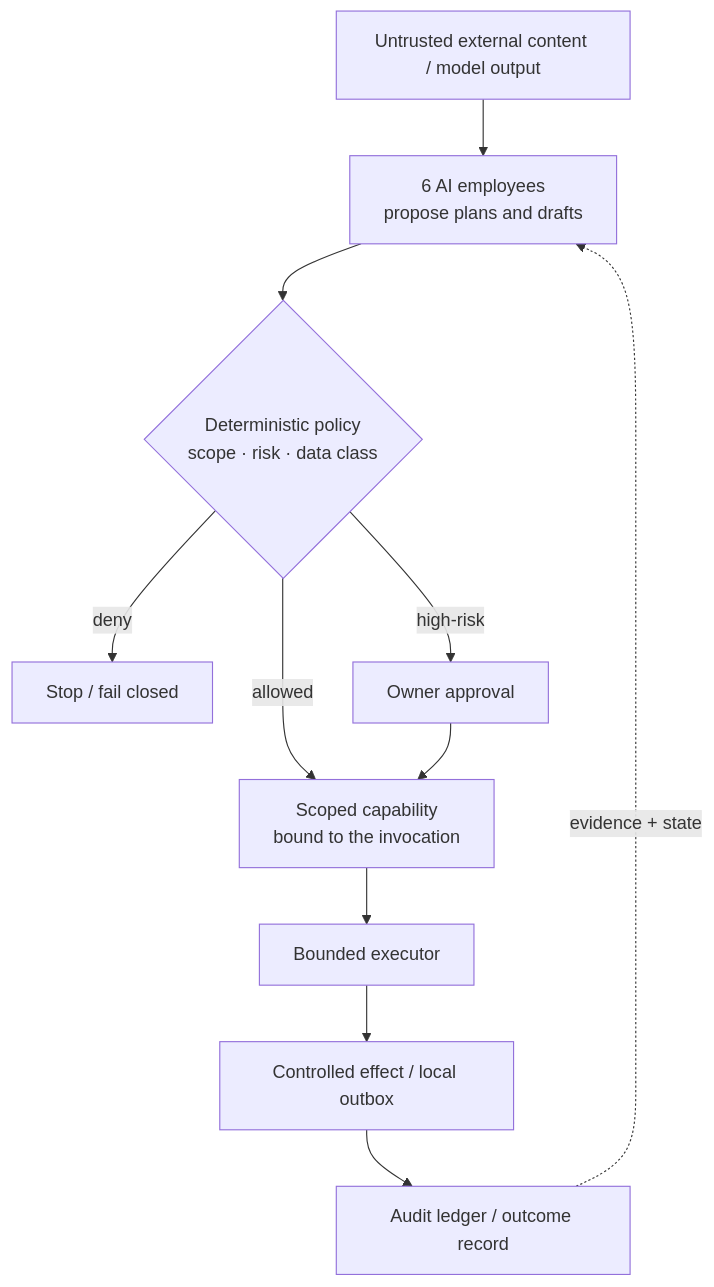
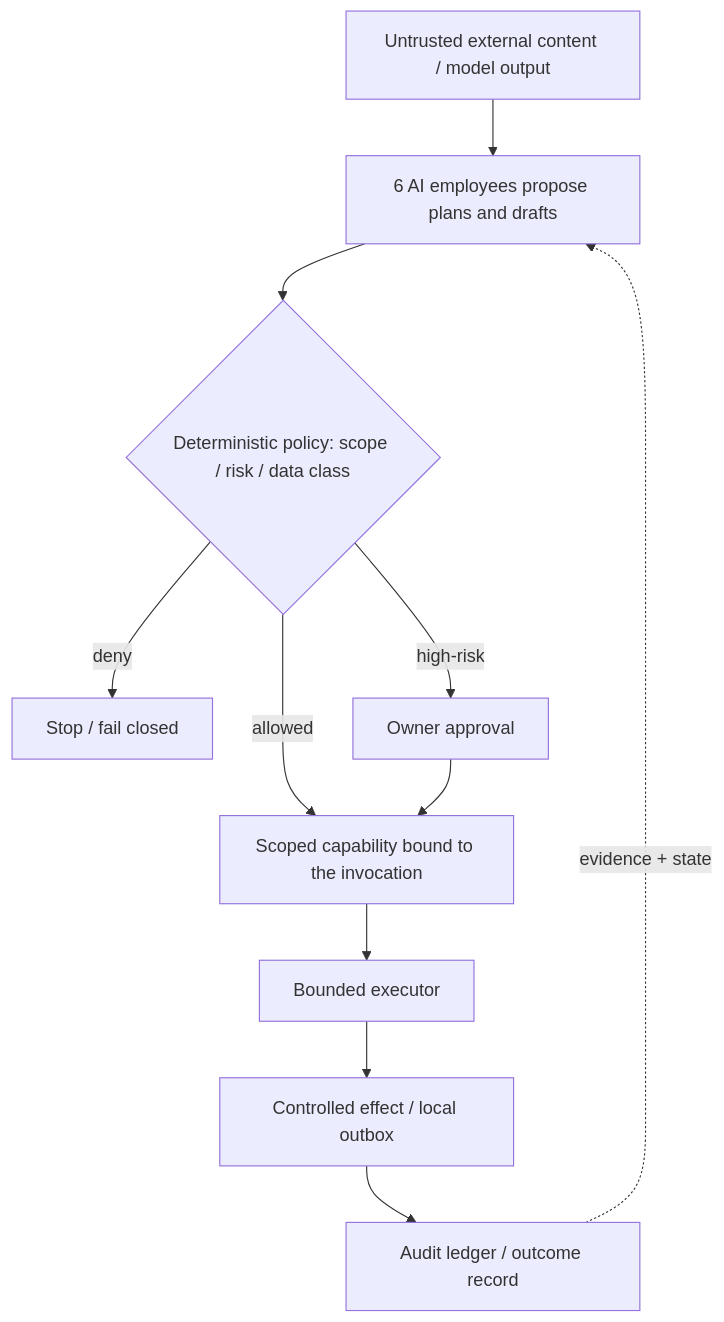
Before and after one commit to IcantFind-a-username/IcantFind-a-username: the diagram in README.md, drawn with Mermaid.

Commit message:
docs(profile): fix Kernel path mermaid for GitHub rendering
Use safer mermaid syntax: no \\n in node labels, no middle-dot inside
the policy diamond, and a dotted evidence edge as L -.->|evidence + state| M.

````diff
--- a/README.md
+++ b/README.md
@@ -75,13 +75,13 @@
 ```mermaid
 flowchart TD
-    U["Untrusted external content / model output"] --> M["6 AI employees\npropose plans and drafts"]
-    M --> P{"Deterministic policy\nscope · risk · data class"}
+    U["Untrusted external content / model output"] --> M["6 AI employees propose plans and drafts"]
+    M --> P{"Deterministic policy: scope / risk / data class"}
     P -->|deny| X["Stop / fail closed"]
     P -->|high-risk| H["Owner approval"]
-    P -->|allowed| C["Scoped capability\nbound to the invocation"]
+    P -->|allowed| C["Scoped capability bound to the invocation"]
     H --> C
     C --> S["Bounded executor"]
     S --> E["Controlled effect / local outbox"]
     E --> L["Audit ledger / outcome record"]
-    L -. "evidence + state" .-> M
+    L -.->|evidence + state| M
 ```
````
